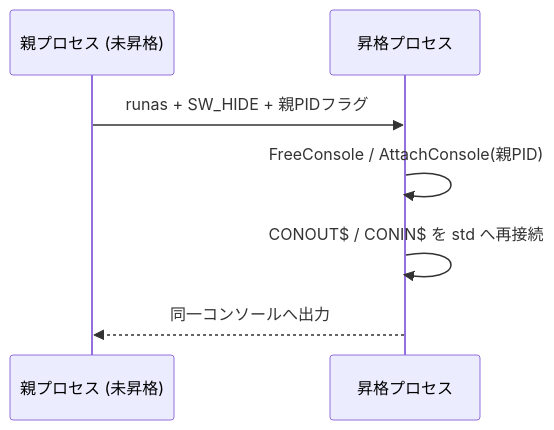
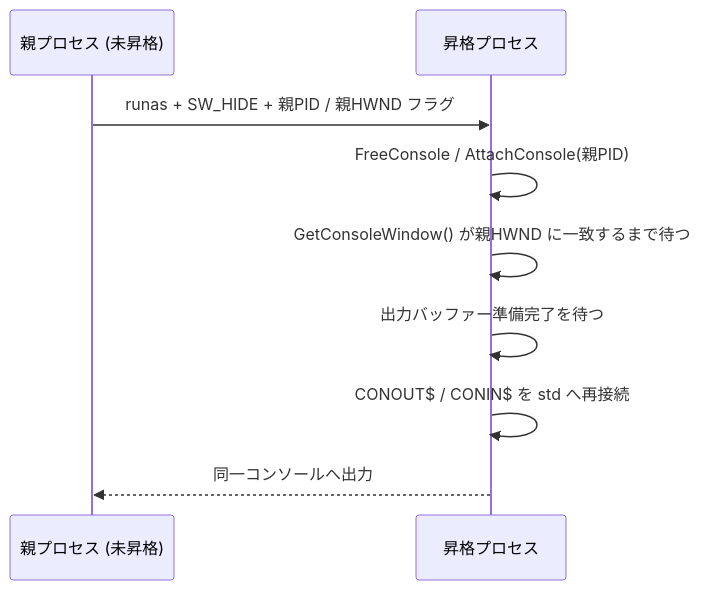
Before and after one commit to Hondarer/app_c-platform: the diagram in prod/libsrc/com_util/console/README.md, drawn with Mermaid. The commit also changed other lines of this file and 4 other files, not shown here.

````diff
--- a/prod/libsrc/com_util/console/README.md
+++ b/prod/libsrc/com_util/console/README.md
@@ -63,9 +63,11 @@
 ```{.mermaid caption="昇格時のコンソール引き継ぎ"}
 sequenceDiagram
     participant P as 親プロセス (未昇格)
     participant C as 昇格プロセス
-    P->>C: runas + SW_HIDE + 親PIDフラグ
+    P->>C: runas + SW_HIDE + 親PID / 親HWND フラグ
     C->>C: FreeConsole / AttachConsole(親PID)
+    C->>C: GetConsoleWindow() が親HWND に一致するまで待つ
+    C->>C: 出力バッファー準備完了を待つ
     C->>C: CONOUT$ / CONIN$ を std へ再接続
     C-->>P: 同一コンソールへ出力
 ```
````
